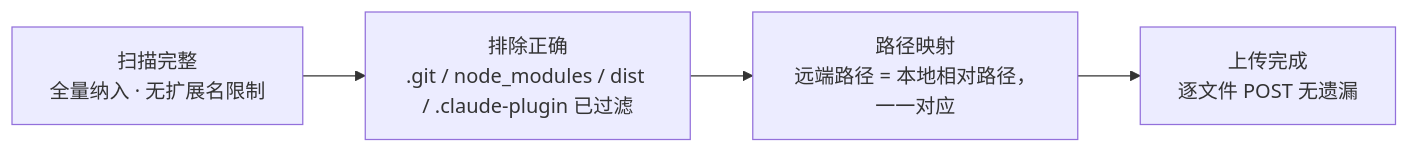
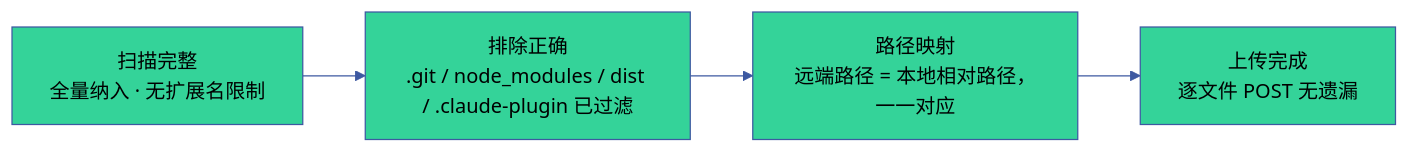
Before and after one commit to effiy/YrY: the sixth of 7 diagrams in skills/rui-import/SKILL.md, drawn with Mermaid. The commit also changed other lines of this file and 1028 other files, not shown here.

````diff
--- a/skills/rui-import/SKILL.md
+++ b/skills/rui-import/SKILL.md
@@ -242,6 +374,16 @@
 ```mermaid
+%%{init: {'theme': 'base', 'themeVariables': {
+  'primaryColor': '#1e1f2b',
+  'primaryTextColor': '#a9b1d6',
+  'primaryBorderColor': '#3d59a1',
+  'lineColor': '#3d59a1',
+  'secondaryColor': '#2b2d3b',
+  'tertiaryColor': '#21232f'
+}}}%%
 flowchart LR
     S1["扫描完整<br/>全量纳入 · 无扩展名限制"]:::sig --> S2["排除正确<br/>.git / node_modules / dist / .claude-plugin 已过滤"]:::sig
     S2 --> S3["路径映射<br/>远端路径 = 本地相对路径，一一对应"]:::sig
     S3 --> S4["上传完成<br/>逐文件 POST 无遗漏"]:::sig
+
+    classDef sig fill:#34d399,color:#000
 ```
````
